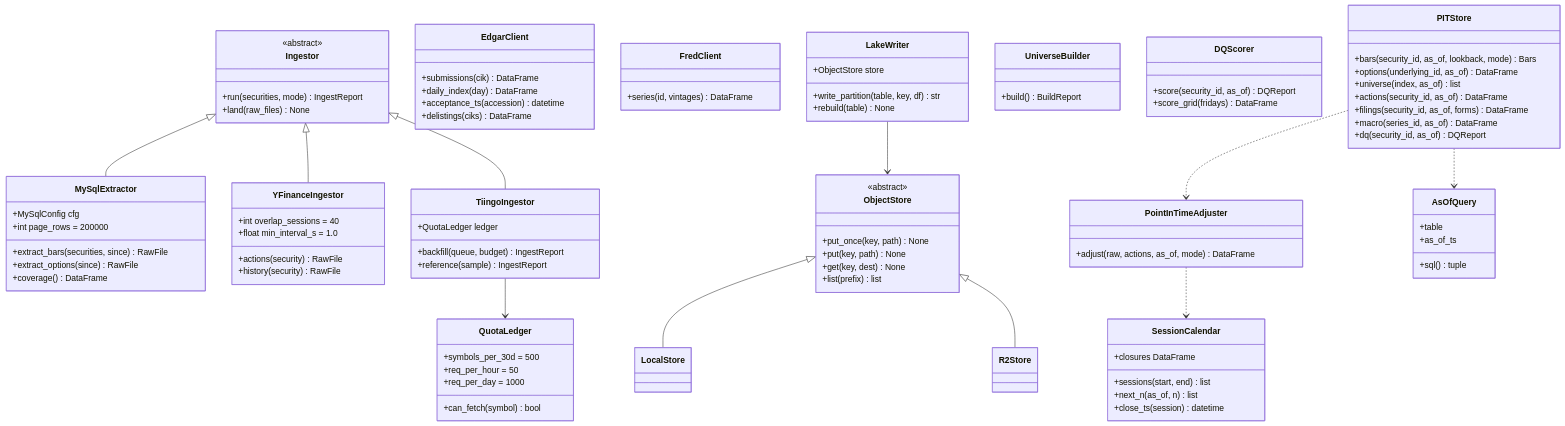
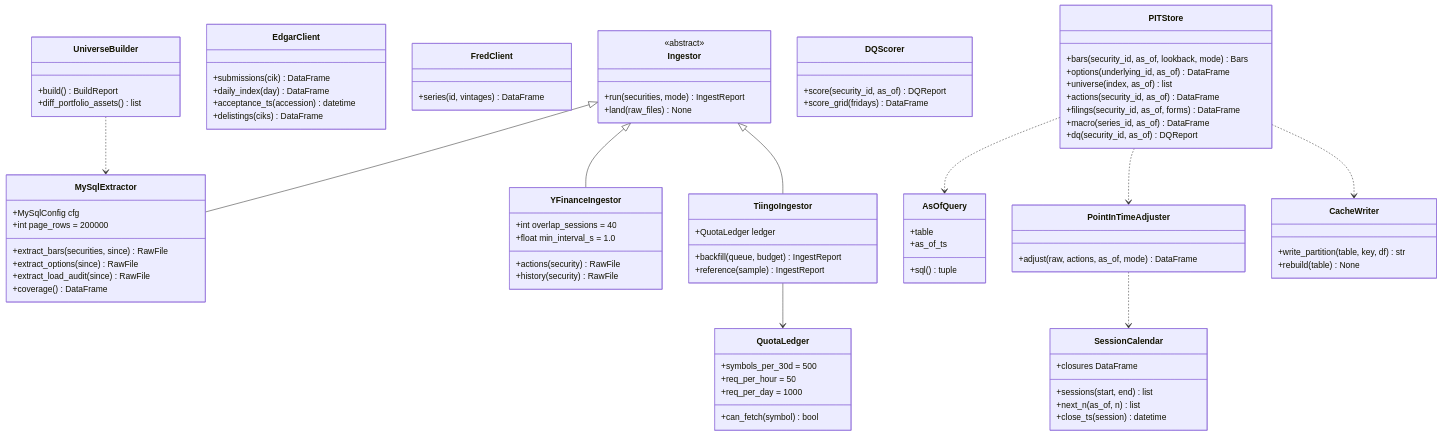
Diagram 11 of 29 in docs/SR_Technical_Document.md (Neural-Matrix-LLC/Support-Resistance-Agent), drawn with Mermaid before and after one commit. The commit also changed other lines of this file and 2 other files, not shown here.

Commit message:
docs: P1 re-planned (v0.5) — MySQL canonical via Fin-Lambda, R2 events-only, VPS/Lambda dropped; Stage-A design

````diff
--- a/docs/SR_Technical_Document.md
+++ b/docs/SR_Technical_Document.md
@@ -826,6 +840,7 @@
         +int page_rows = 200000
         +extract_bars(securities, since) RawFile
         +extract_options(since) RawFile
+        +extract_load_audit(since) RawFile
         +coverage() DataFrame
     }
     class YFinanceIngestor {
@@ -854,20 +869,10 @@
     class FredClient {
         +series(id, vintages) DataFrame
     }
-    class LakeWriter {
-        +ObjectStore store
+    class CacheWriter {
         +write_partition(table, key, df) str
         +rebuild(table) None
     }
-    class ObjectStore {
-        <<abstract>>
-        +put_once(key, path) None
-        +put(key, path) None
-        +get(key, dest) None
-        +list(prefix) list
-    }
-    class LocalStore
-    class R2Store
     class PointInTimeAdjuster {
         +adjust(raw, actions, as_of, mode) DataFrame
     }
@@ -879,6 +884,7 @@
     }
     class UniverseBuilder {
         +build() BuildReport
+        +diff_portfolio_assets() list
     }
     class DQScorer {
         +score(security_id, as_of) DQReport
@@ -902,10 +908,9 @@
     Ingestor <|-- YFinanceIngestor
     Ingestor <|-- TiingoIngestor
     TiingoIngestor --> QuotaLedger
-    ObjectStore <|-- LocalStore
-    ObjectStore <|-- R2Store
-    LakeWriter --> ObjectStore
     PITStore ..> AsOfQuery
     PITStore ..> PointInTimeAdjuster
+    PITStore ..> CacheWriter
     PointInTimeAdjuster ..> SessionCalendar
+    UniverseBuilder ..> MySqlExtractor
 ```
````
